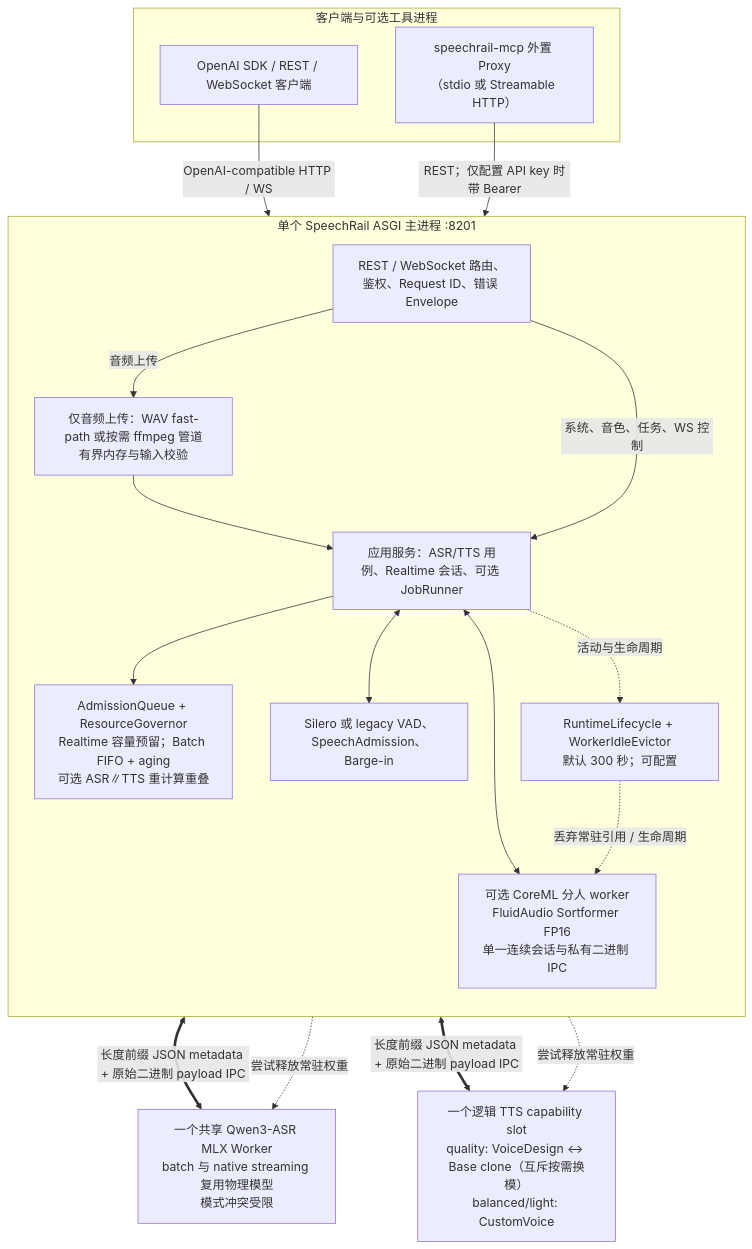
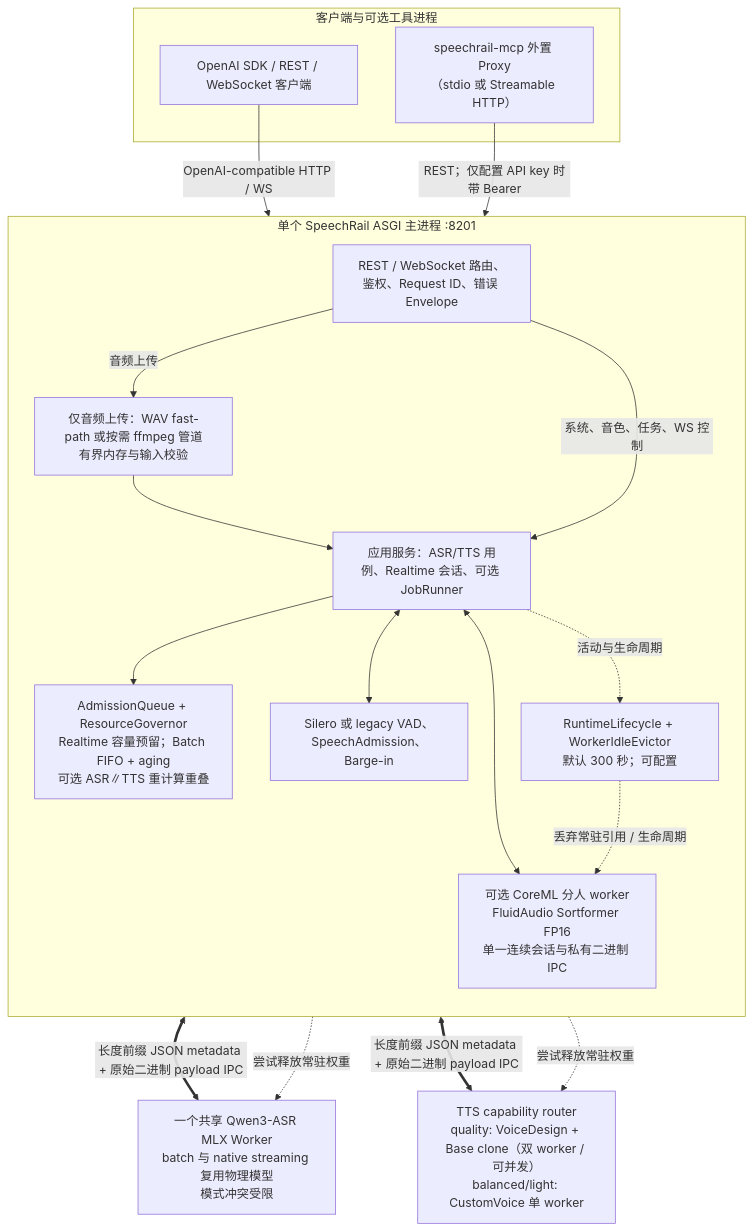
Before and after one commit to hrygo/SpeechRail: the first of 2 diagrams in docs/architecture/architecture.md, drawn with Mermaid. The commit also changed other lines of this file and 28 other files, not shown here.

Commit message:
fix: allow concurrent quality tts capabilities

````diff
--- a/docs/architecture/architecture.md
+++ b/docs/architecture/architecture.md
@@ -15,36 +15,36 @@
 ```mermaid
 flowchart TD
     subgraph Clients["客户端与可选工具进程"]
         SDK["OpenAI SDK / REST / WebSocket 客户端"]
         MCP["speechrail-mcp 外置 Proxy<br/>（stdio 或 Streamable HTTP）"]
     end
 
     subgraph Host["单个 SpeechRail ASGI 主进程 :8201"]
         direction TB
         Ingress["REST / WebSocket 路由、鉴权、Request ID、错误 Envelope"]
         Decode["仅音频上传：WAV fast-path 或按需 ffmpeg 管道<br/>有界内存与输入校验"]
         App["应用服务：ASR/TTS 用例、Realtime 会话、可选 JobRunner"]
         Admit["AdmissionQueue + ResourceGovernor<br/>Realtime 容量预留；Batch FIFO + aging<br/>可选 ASR∥TTS 重计算重叠"]
         VAD["Silero 或 legacy VAD、SpeechAdmission、Barge-in"]
         Diar["可选 CoreML 分人 worker<br/>FluidAudio Sortformer FP16<br/>单一连续会话与私有二进制 IPC"]
         Life["RuntimeLifecycle + WorkerIdleEvictor<br/>默认 300 秒；可配置"]
 
         Ingress -->|音频上传| Decode --> App
         Ingress -->|系统、音色、任务、WS 控制| App
         App --> Admit
         App <--> VAD
         App <--> Diar
         App -. 活动与生命周期 .-> Life
     end
 
     ASR["一个共享 Qwen3-ASR MLX Worker<br/>batch 与 native streaming 复用物理模型<br/>模式冲突受限"]
-    TTS["一个逻辑 TTS capability slot<br/>quality: VoiceDesign ↔ Base clone（互斥按需换模）<br/>balanced/light: CustomVoice"]
+    TTS["TTS capability router<br/>quality: VoiceDesign + Base clone（双 worker / 可并发）<br/>balanced/light: CustomVoice 单 worker"]
 
     SDK -->|OpenAI-compatible HTTP / WS| Ingress
     MCP -->|REST；仅配置 API key 时带 Bearer| Ingress
     App <==>|"长度前缀 JSON metadata + 原始二进制 payload IPC"| ASR
     App <==>|"长度前缀 JSON metadata + 原始二进制 payload IPC"| TTS
     Life -. 尝试释放常驻权重 .-> ASR
     Life -. 尝试释放常驻权重 .-> TTS
     Life -. 丢弃常驻引用 / 生命周期 .-> Diar
 ```
````
